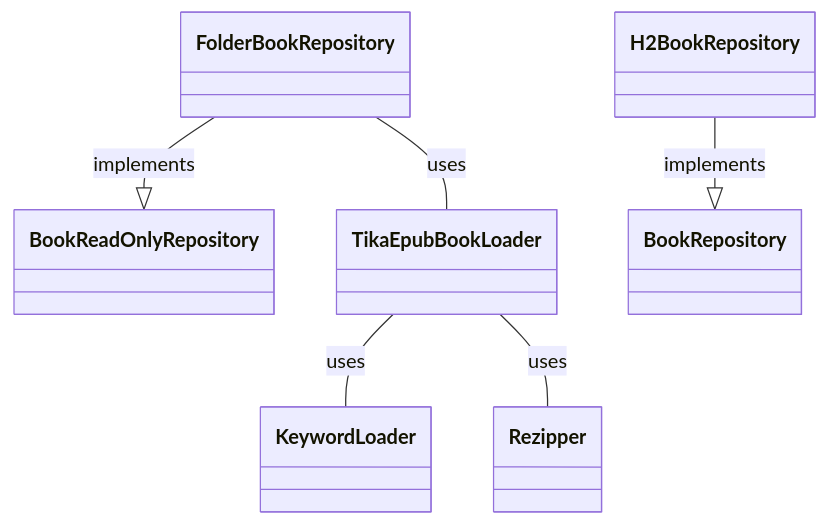
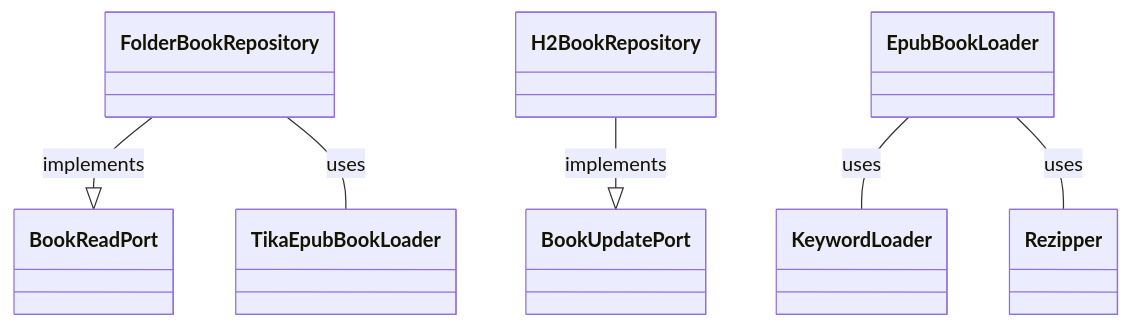
Before and after one commit to z669016/mybooks: the third of 3 diagrams in README.md, drawn with Mermaid. The commit also changed 91 other files, not shown here.

````diff
--- a/README.md
+++ b/README.md
@@ -37,8 +37,8 @@
 ```mermaid
 classDiagram
-    FolderBookRepository --|> BookReadOnlyRepository: implements
+    FolderBookRepository --|> BookReadPort: implements
     FolderBookRepository -- TikaEpubBookLoader: uses
-    H2BookRepository --|> BookRepository: implements
-    TikaEpubBookLoader -- KeywordLoader: uses
-    TikaEpubBookLoader -- Rezipper: uses
+    H2BookRepository --|> BookUpdatePort: implements
+    EpubBookLoader -- KeywordLoader: uses
+    EpubBookLoader -- Rezipper: uses
 ```
````
